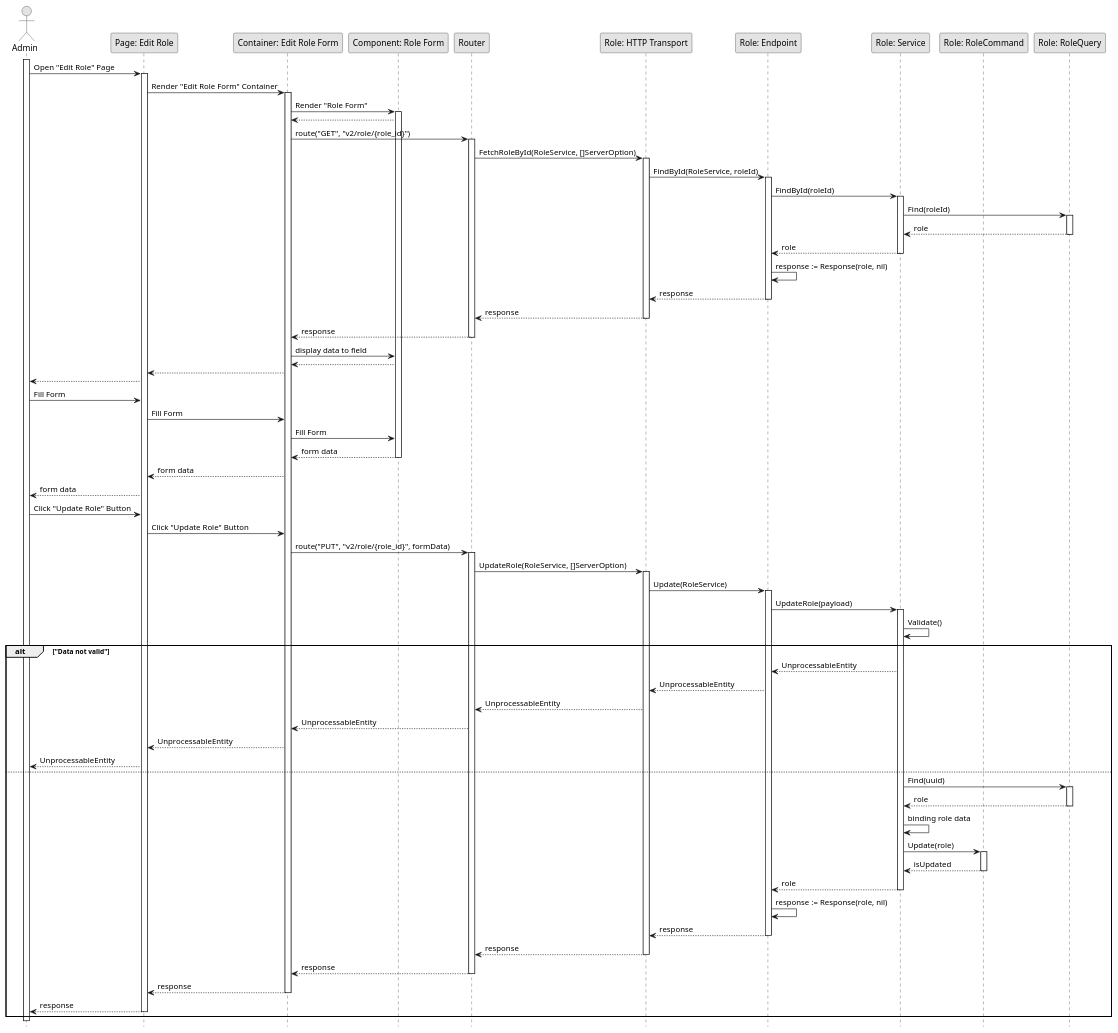
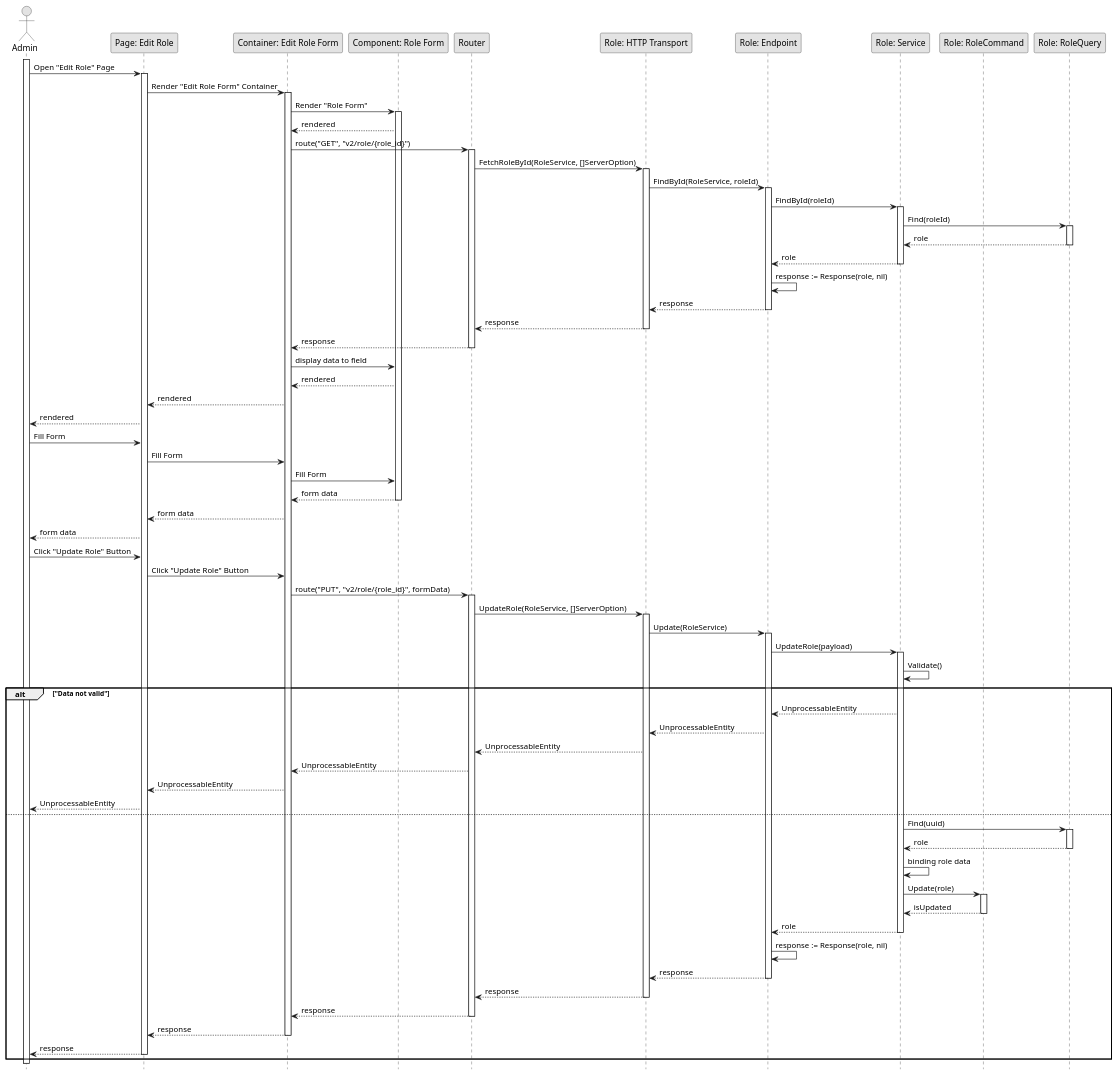
One commit to fwidjaya20/fazzlearning-uml changed the diagram in Sequence/Release01/UpdateRole.wsd. Above: the diagram before and after it, drawn with PlantUML. The commit also changed 15 other files, not shown here.

Commit message:
fix(sequence): adding return wording

```diff
--- a/Sequence/Release01/UpdateRole.wsd
+++ b/Sequence/Release01/UpdateRole.wsd
@@ -1,107 +1,107 @@
 @startuml UpdateRole
 
 skinparam Monochrome true
 skinparam Shadowing false
 hide footbox
 
 actor Admin
 participant "Page: Edit Role" as EditRolePage
 participant "Container: Edit Role Form" as EditRoleFormContainer
 participant "Component: Role Form" as RoleForm
 participant "Router" as Router
 participant "Role: HTTP Transport" as RoleHTTPTransport
 participant "Role: Endpoint" as RoleEndpoint
 participant "Role: Service" as RoleService
 participant "Role: RoleCommand" as RoleCommand
 participant "Role: RoleQuery" as RoleQuery
 
 activate Admin
 
 Admin->EditRolePage: Open "Edit Role" Page
 activate EditRolePage
 EditRolePage->EditRoleFormContainer: Render "Edit Role Form" Container
 activate EditRoleFormContainer
 EditRoleFormContainer->RoleForm: Render "Role Form"
 activate RoleForm
-RoleForm-->EditRoleFormContainer
+RoleForm-->EditRoleFormContainer: rendered
 EditRoleFormContainer->Router: route("GET", "v2/role/{role_id}")
 activate Router
 Router->RoleHTTPTransport: FetchRoleById(RoleService, []ServerOption)
 activate RoleHTTPTransport
 RoleHTTPTransport->RoleEndpoint: FindById(RoleService, roleId)
 activate RoleEndpoint
 RoleEndpoint->RoleService: FindById(roleId)
 activate RoleService
 RoleService->RoleQuery: Find(roleId)
 activate RoleQuery
 RoleQuery-->RoleService: role
 deactivate RoleQuery
 RoleService-->RoleEndpoint: role
 deactivate RoleService
 RoleEndpoint->RoleEndpoint: response := Response(role, nil)
 RoleEndpoint-->RoleHTTPTransport: response
 deactivate RoleEndpoint
 RoleHTTPTransport-->Router: response
 deactivate RoleHTTPTransport
 Router-->EditRoleFormContainer: response
 deactivate Router
 EditRoleFormContainer->RoleForm: display data to field
-RoleForm-->EditRoleFormContainer
-EditRoleFormContainer-->EditRolePage
-EditRolePage-->Admin
+RoleForm-->EditRoleFormContainer: rendered
+EditRoleFormContainer-->EditRolePage: rendered
+EditRolePage-->Admin: rendered
 
 Admin->EditRolePage: Fill Form
 EditRolePage->EditRoleFormContainer: Fill Form
 EditRoleFormContainer->RoleForm: Fill Form
 RoleForm-->EditRoleFormContainer: form data
 deactivate RoleForm
 EditRoleFormContainer-->EditRolePage: form data
 EditRolePage-->Admin: form data
 
 Admin->EditRolePage: Click "Update Role" Button
 EditRolePage->EditRoleFormContainer: Click "Update Role" Button
 EditRoleFormContainer->Router: route("PUT", "v2/role/{role_id}", formData)
 activate Router
 Router->RoleHTTPTransport: UpdateRole(RoleService, []ServerOption)
 activate RoleHTTPTransport
 RoleHTTPTransport->RoleEndpoint: Update(RoleService)
 activate RoleEndpoint
 RoleEndpoint->RoleService: UpdateRole(payload)
 activate RoleService
 RoleService->RoleService: Validate()
 
 alt "Data not valid"
     RoleService-->RoleEndpoint: UnprocessableEntity
     RoleEndpoint-->RoleHTTPTransport: UnprocessableEntity
     RoleHTTPTransport-->Router: UnprocessableEntity
     Router-->EditRoleFormContainer: UnprocessableEntity
     EditRoleFormContainer-->EditRolePage: UnprocessableEntity
     EditRolePage-->Admin: UnprocessableEntity
 else
     RoleService->RoleQuery: Find(uuid)
     activate RoleQuery
     RoleQuery-->RoleService: role
     deactivate RoleQuery
     RoleService->RoleService: binding role data
     RoleService->RoleCommand: Update(role)
     activate RoleCommand
     RoleCommand-->RoleService: isUpdated
     deactivate RoleCommand
     RoleService-->RoleEndpoint: role
     deactivate RoleService
     RoleEndpoint->RoleEndpoint: response := Response(role, nil)
     RoleEndpoint-->RoleHTTPTransport: response
     deactivate RoleEndpoint
     RoleHTTPTransport-->Router: response
     deactivate RoleHTTPTransport
     Router-->EditRoleFormContainer: response
     deactivate Router
     EditRoleFormContainer-->EditRolePage: response
     deactivate EditRoleFormContainer
     EditRolePage-->Admin: response
     deactivate EditRolePage
 end
 
 deactivate Admin
 
 @enduml
```
